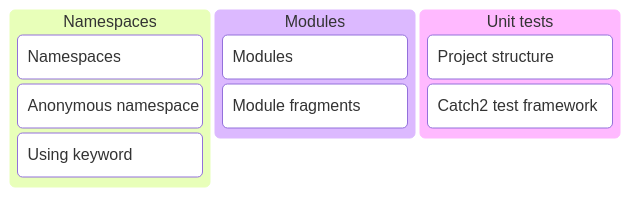
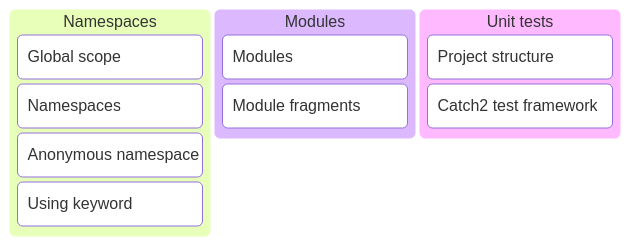
The diagram in slides/session_8/index.md (GlennVL-AP/cpp-programming-slides), drawn with Mermaid before and after one commit. The commit also changed other lines of this file, not shown here.

Commit message:
extend namespaces section

````diff
--- a/slides/session_8/index.md
+++ b/slides/session_8/index.md
@@ -7,13 +7,14 @@
 ```mermaid
 kanban
   column1[Namespaces]
-    task1[Namespaces]
-    task2[Anonymous namespace]
-    task3[Using keyword]
+    task1[Global scope]
+    task2[Namespaces]
+    task3[Anonymous namespace]
+    task4[Using keyword]
   column2[Modules]
-    task4[Modules]
-    task5[Module fragments]
+    task5[Modules]
+    task6[Module fragments]
   column3[Unit tests]
-    task6[Project structure]
-    task7[Catch2 test framework]
+    task7[Project structure]
+    task8[Catch2 test framework]
 ```
````
